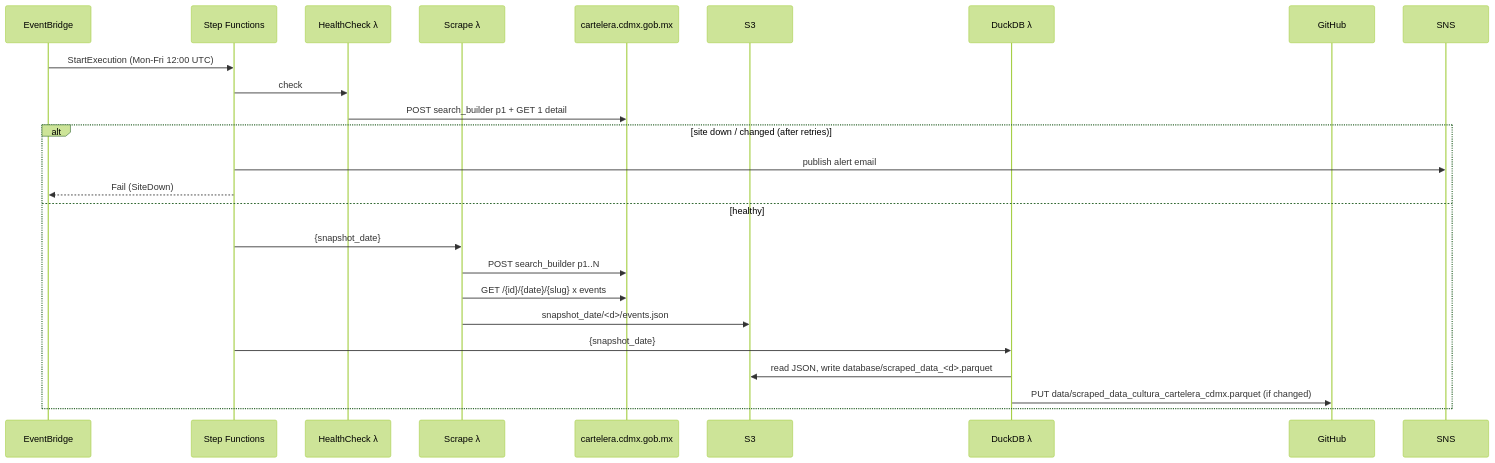
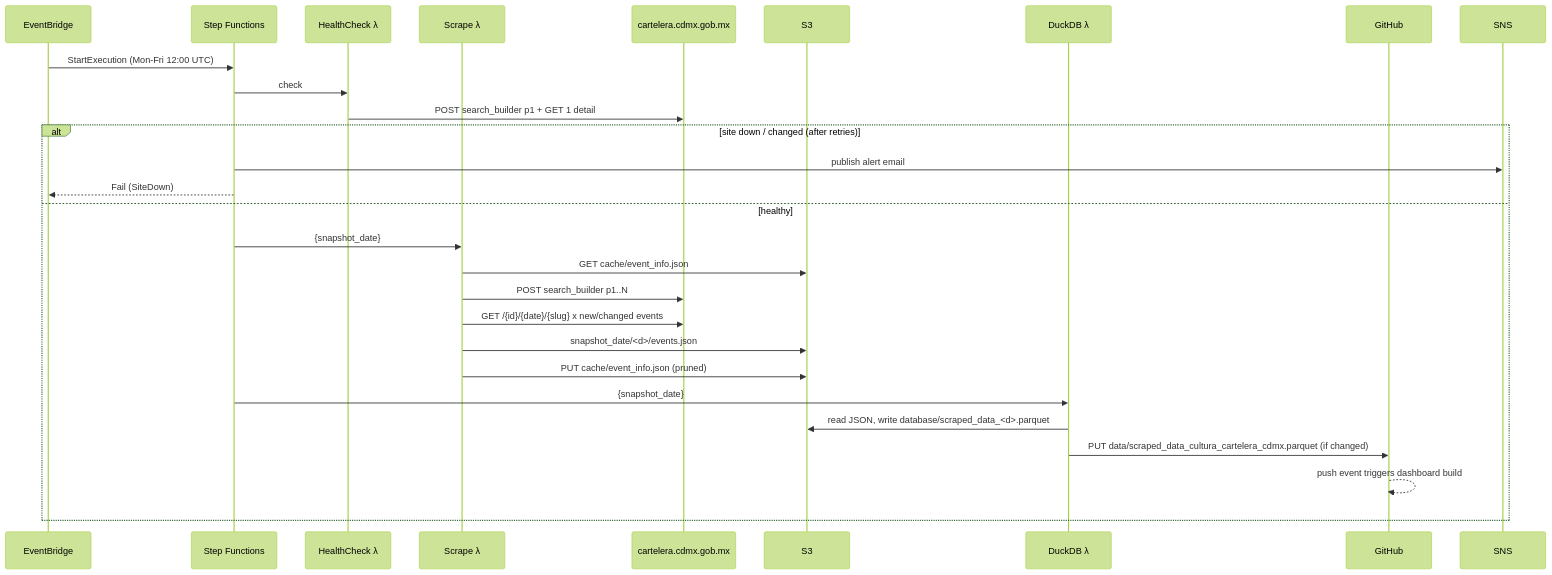
One commit to dar4datascience/AWS-SAM-Cultura-CDMX changed the second of 2 diagrams in README.md. Above: the diagram before and after it, drawn with Mermaid (forest theme). The commit also changed other lines of this file, not shown here.

First line of the commit message:
docs(readme): document detail cache, plain Parquet and push builds

````diff
--- a/README.md
+++ b/README.md
@@ -151,28 +178,31 @@
 ```mermaid
 sequenceDiagram
     participant EB as EventBridge
     participant SF as Step Functions
     participant HC as HealthCheck λ
     participant SC as Scrape λ
     participant Site as cartelera.cdmx.gob.mx
     participant S3
     participant DB as DuckDB λ
     participant GH as GitHub
     participant SNS
 
     EB->>SF: StartExecution (Mon-Fri 12:00 UTC)
     SF->>HC: check
     HC->>Site: POST search_builder p1 + GET 1 detail
     alt site down / changed (after retries)
         SF->>SNS: publish alert email
         SF-->>EB: Fail (SiteDown)
     else healthy
         SF->>SC: {snapshot_date}
+        SC->>S3: GET cache/event_info.json
         SC->>Site: POST search_builder p1..N
-        SC->>Site: GET /{id}/{date}/{slug} x events
+        SC->>Site: GET /{id}/{date}/{slug} x new/changed events
         SC->>S3: snapshot_date/<d>/events.json
+        SC->>S3: PUT cache/event_info.json (pruned)
         SF->>DB: {snapshot_date}
         DB->>S3: read JSON, write database/scraped_data_<d>.parquet
         DB->>GH: PUT data/scraped_data_cultura_cartelera_cdmx.parquet (if changed)
+        GH-->>GH: push event triggers dashboard build
     end
 ```
````
